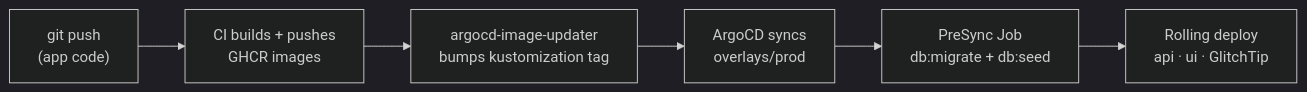
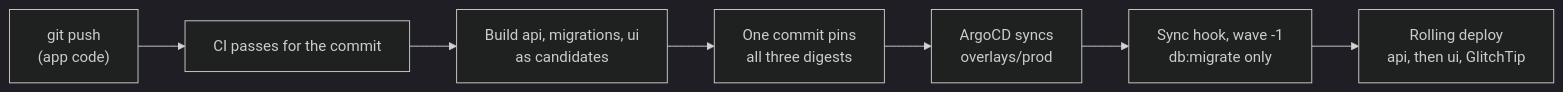
The diagram in apps/docs/src/content/docs/topics/provisioning-with-k3s.mdx (boringstack-xyz/boringstack), drawn with Mermaid (dark theme) before and after one commit. The commit also changed other lines of this file and 5 other files, not shown here.

First line of the commit message:
docs(k3s): describe the coordinated release and the migrate-only Job

````diff
--- a/apps/docs/src/content/docs/topics/provisioning-with-k3s.mdx
+++ b/apps/docs/src/content/docs/topics/provisioning-with-k3s.mdx
@@ -80,11 +83,12 @@
 ```mermaid
 flowchart LR
   push["git push<br/>(app code)"]
-  ci["CI builds + pushes<br/>GHCR images"]
-  iu["argocd-image-updater<br/>bumps kustomization tag"]
+  ci["CI passes for the commit"]
+  build["Build api, migrations, ui<br/>as candidates"]
+  pin["One commit pins<br/>all three digests"]
   argo["ArgoCD syncs<br/>overlays/prod"]
-  presync["PreSync Job<br/>db:migrate + db:seed"]
-  k8s["Rolling deploy<br/>api · ui · GlitchTip"]
+  mig["Sync hook, wave -1<br/>db:migrate only"]
+  k8s["Rolling deploy<br/>api, then ui, GlitchTip"]
 
-  push --> ci --> iu --> argo --> presync --> k8s
+  push --> ci --> build --> pin --> argo --> mig --> k8s
 ```
````
